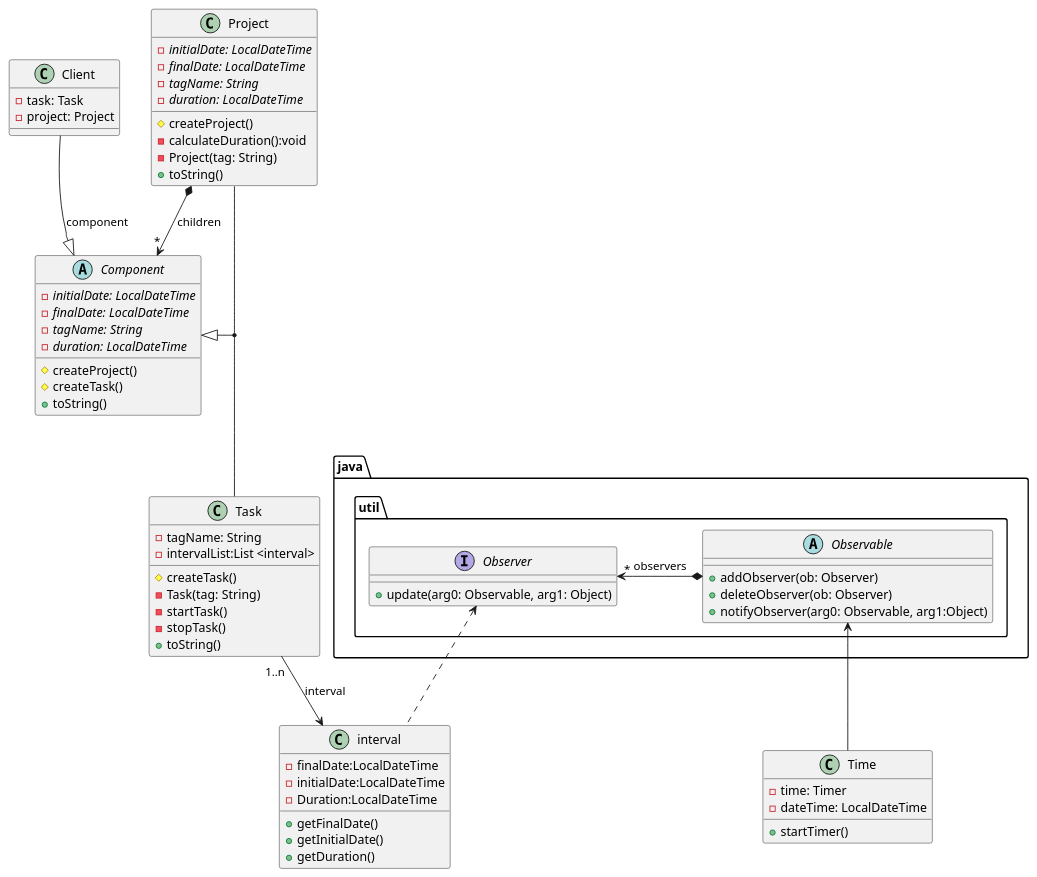
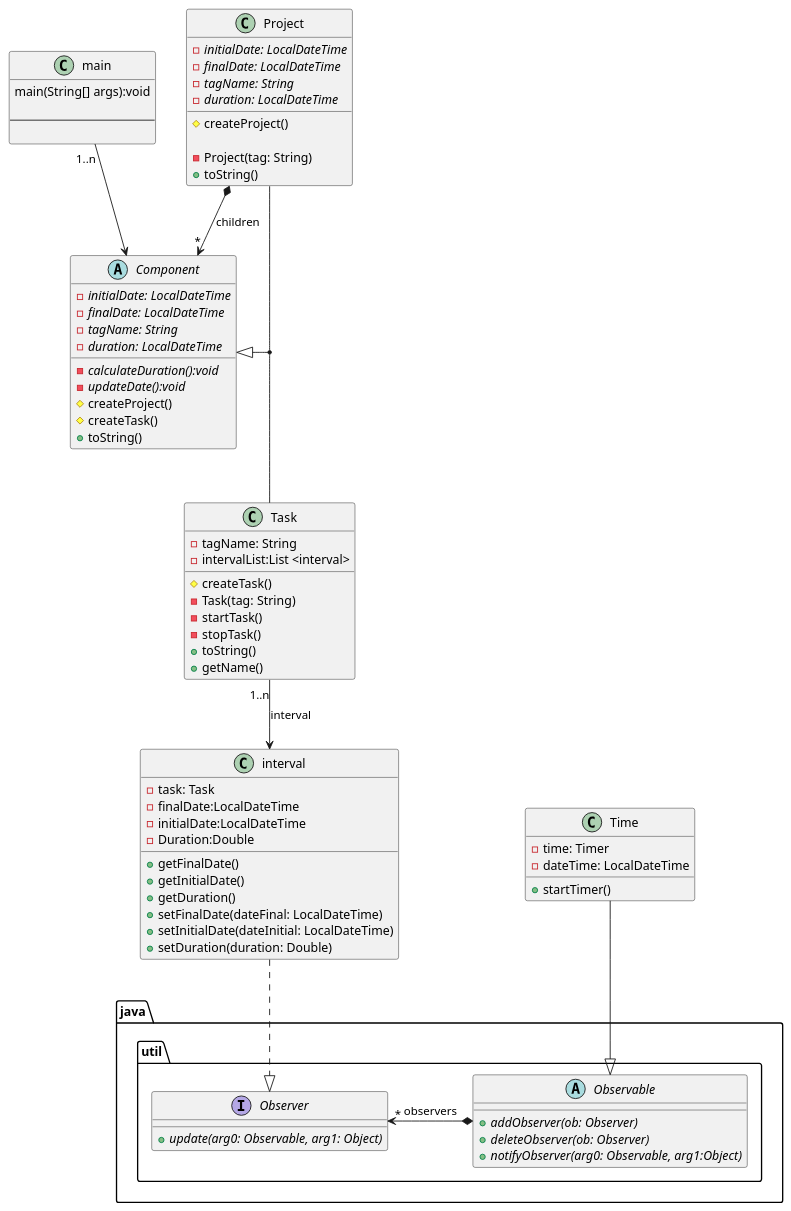
The diagram in src/umlTimeTracking.puml (alekzihz/DS_TimeTracking), drawn with PlantUML before and after one commit.

```diff
--- a/src/umlTimeTracking.puml
+++ b/src/umlTimeTracking.puml
@@ -1,91 +1,99 @@
 @startuml
 'https://plantuml.com/class-diagram
 
 
 
-class Client{
-    -task: Task
-    -project: Project
+class main{
+  main(String[] args):void
+
+  --
 
 }
 abstract Component{
     {abstract}-initialDate: LocalDateTime
     {abstract}-finalDate: LocalDateTime
     {abstract}- tagName: String
     {abstract}- duration: LocalDateTime
+    {abstract}-calculateDuration():void
+    {abstract}-updateDate():void
 
 
      #createProject()
      #createTask()
      +toString()
 
 }
 class Project{
     {abstract}-initialDate: LocalDateTime
     {abstract}-finalDate: LocalDateTime
     {abstract}- tagName: String
     {abstract}- duration: LocalDateTime
     #createProject()
-    -calculateDuration():void
+
     -Project(tag: String)
     +toString()
 
-
 }
-
-
 
 class Task {
     -tagName: String
     -intervalList:List <interval>
     #createTask()
     -Task(tag: String)
     -startTask()
     -stopTask()
     +toString()
-
-
+    +getName()
 
 }
 class interval{
+    -task: Task
     -finalDate:LocalDateTime
     -initialDate:LocalDateTime
-    -Duration:LocalDateTime
+    -Duration:Double
     +getFinalDate()
     +getInitialDate()
     +getDuration()
+    +setFinalDate(dateFinal: LocalDateTime)
+    +setInitialDate(dateInitial: LocalDateTime)
+    +setDuration(duration: Double)
 
 }
 
 package java.util{
-    Abstract Observable
-    {
-       +addObserver(ob: Observer)
-       +deleteObserver(ob: Observer)
-       +notifyObserver(arg0: Observable, arg1:Object)
-    }
 
     interface Observer {
 
-        +update(arg0: Observable, arg1: Object)
+        +{abstract}update(arg0: Observable, arg1: Object)
 
-}
+    }
+
+    Abstract Observable
+    {
+       +{abstract}addObserver(ob: Observer)
+       +{abstract}deleteObserver(ob: Observer)
+       +{abstract}notifyObserver(arg0: Observable, arg1:Object)
+    }
+
+
+
 }
 
 class Time {
     -time: Timer
     -dateTime: LocalDateTime
     +startTimer()
 }
 
-Client --|> Component:component
+main"1..n"--> Component
 Project *--> "*"Component:children
 
 Component <|--down(Project,Task)
-Observable<--Time
-Observer<..interval
+
+Time--|> Observable
+interval ..|> Observer
 Observable*--left>"*"Observer:observers
 Task "1..n"--> interval:interval
 
 
 @enduml
```
